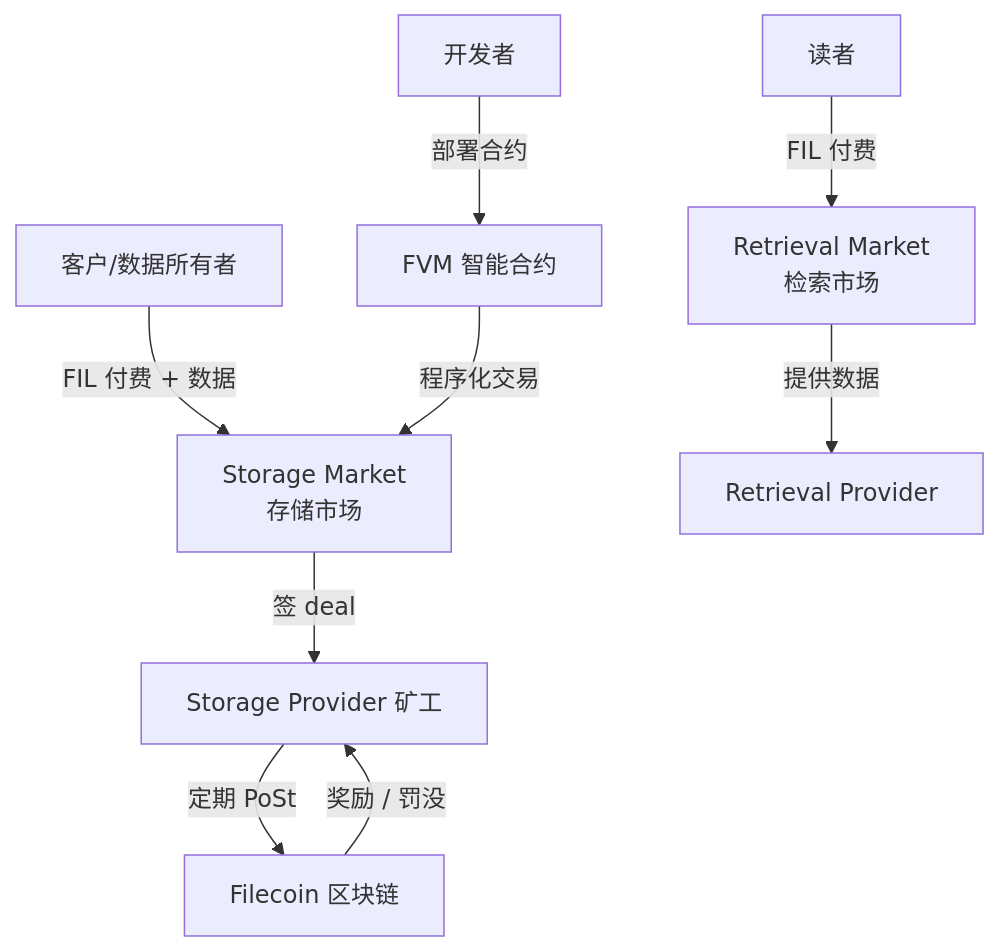
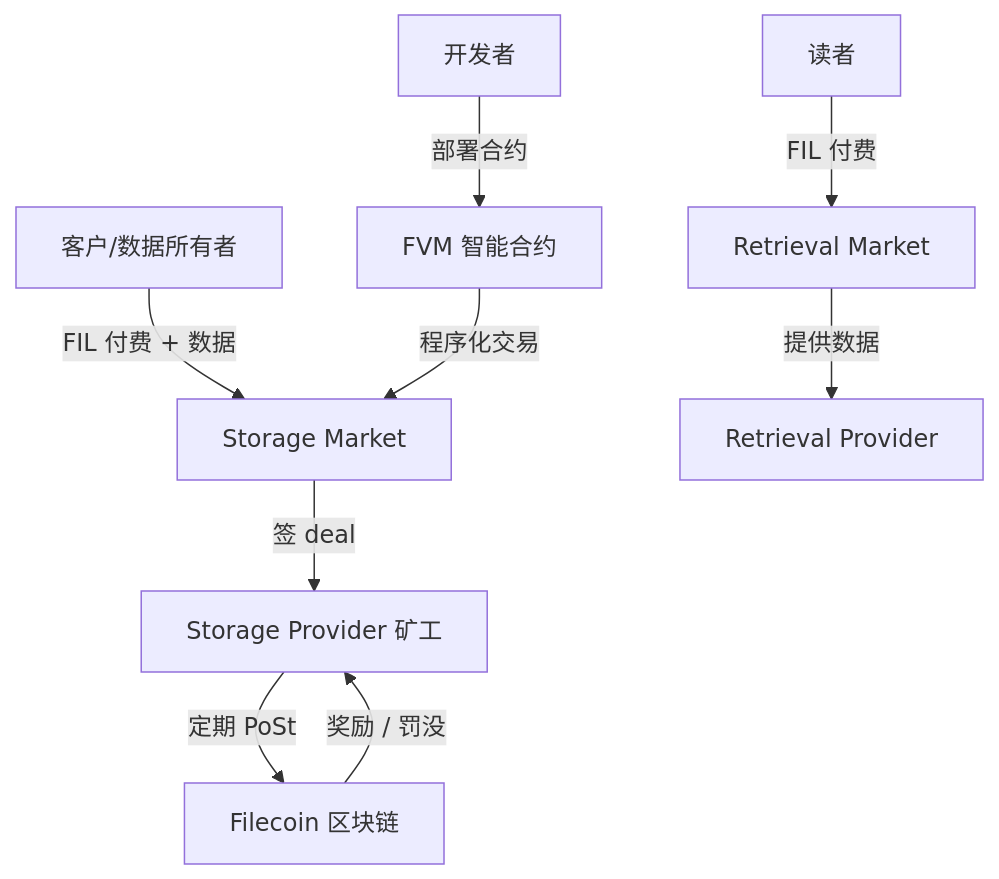
Before and after one commit to ChuwuYo/misc-files: diagram 18 of 32 in web3-engineer-guide/14-去中心化存储/README.md, drawn with Mermaid. The commit also changed other lines of this file and 211 other files, not shown here.

````diff
--- a/web3-engineer-guide/14-去中心化存储/README.md
+++ b/web3-engineer-guide/14-去中心化存储/README.md
@@ -686,11 +845,11 @@
 ```mermaid
 flowchart TB
-    Client[客户/数据所有者] -->|FIL 付费 + 数据| SM[Storage Market<br/>存储市场]
+    Client[客户/数据所有者] -->|FIL 付费 + 数据| SM[Storage Market]
     SM -->|签 deal| SP[Storage Provider 矿工]
     SP -->|定期 PoSt| Chain[Filecoin 区块链]
     Chain -->|奖励 / 罚没| SP
-    Client2[读者] -->|FIL 付费| RM[Retrieval Market<br/>检索市场]
+    Client2[读者] -->|FIL 付费| RM[Retrieval Market]
     RM -->|提供数据| RP[Retrieval Provider]
     Devs[开发者] -->|部署合约| FVM[FVM 智能合约]
     FVM -->|程序化交易| SM
 ```
````
